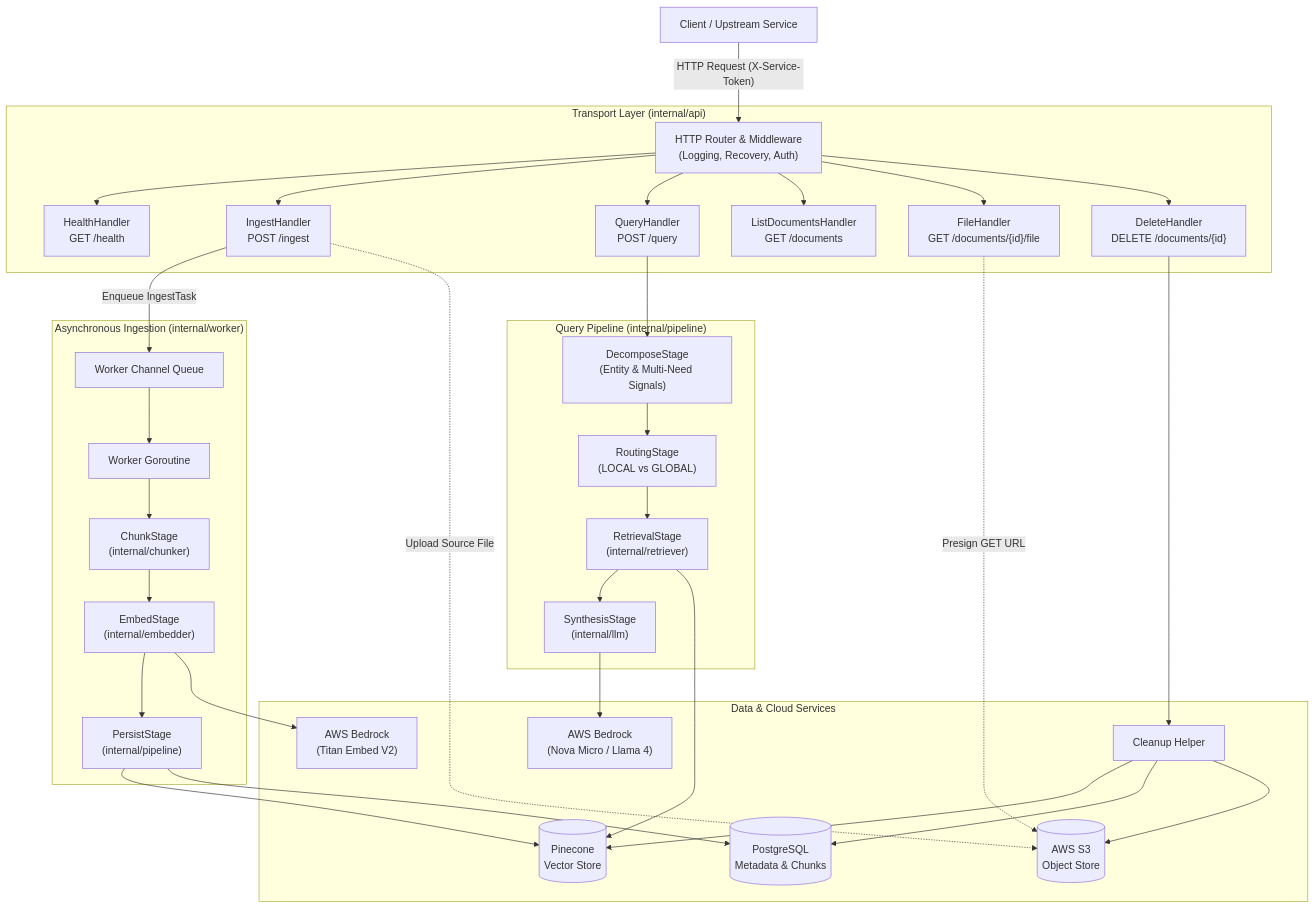
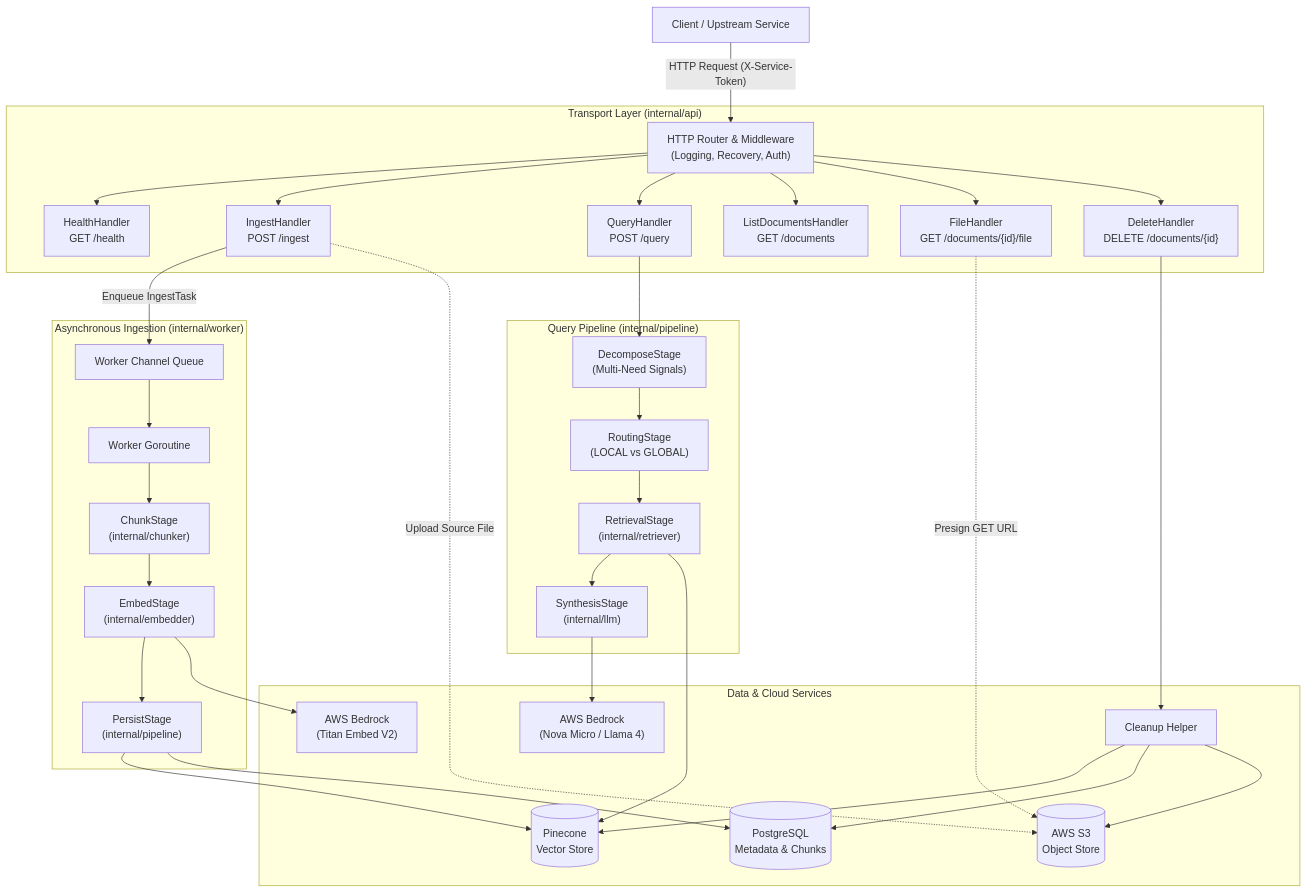
Before and after one commit to Victoroide/go-ms-rag: the first of 4 diagrams in docs/architecture.md, drawn with Mermaid. The commit also changed other lines of this file and 25 other files, not shown here.

````diff
--- a/docs/architecture.md
+++ b/docs/architecture.md
@@ -7,42 +7,42 @@
 ```mermaid
 flowchart TD
     Client["Client / Upstream Service"] -->|"HTTP Request (X-Service-Token)"| Router["HTTP Router & Middleware\n(Logging, Recovery, Auth)"]
 
     subgraph API ["Transport Layer (internal/api)"]
         Router --> H_Health["HealthHandler\nGET /health"]
         Router --> H_Ingest["IngestHandler\nPOST /ingest"]
         Router --> H_Query["QueryHandler\nPOST /query"]
         Router --> H_Docs["ListDocumentsHandler\nGET /documents"]
         Router --> H_File["FileHandler\nGET /documents/{id}/file"]
         Router --> H_Delete["DeleteHandler\nDELETE /documents/{id}"]
     end
 
     subgraph AsyncWorker ["Asynchronous Ingestion (internal/worker)"]
         H_Ingest -->|"Enqueue IngestTask"| Queue["Worker Channel Queue"]
         Queue --> WorkerLoop["Worker Goroutine"]
         WorkerLoop --> ChunkStage["ChunkStage\n(internal/chunker)"]
         ChunkStage --> EmbedStage["EmbedStage\n(internal/embedder)"]
         EmbedStage --> PersistStage["PersistStage\n(internal/pipeline)"]
     end
 
     subgraph QueryPipeline ["Query Pipeline (internal/pipeline)"]
-        H_Query --> Decompose["DecomposeStage\n(Entity & Multi-Need Signals)"]
+        H_Query --> Decompose["DecomposeStage\n(Multi-Need Signals)"]
         Decompose --> RouteMode["RoutingStage\n(LOCAL vs GLOBAL)"]
         RouteMode --> Retrieve["RetrievalStage\n(internal/retriever)"]
         Retrieve --> Synthesis["SynthesisStage\n(internal/llm)"]
     end
 
     subgraph Stores ["Data & Cloud Services"]
         PersistStage --> VectorDB[("Pinecone\nVector Store")]
         PersistStage --> RelDB[("PostgreSQL\nMetadata & Chunks")]
         H_Ingest -.->|"Upload Source File"| ObjectStore[("AWS S3\nObject Store")]
         H_File -.->|"Presign GET URL"| ObjectStore
         H_Delete --> Cleanup["Cleanup Helper"]
         Cleanup --> VectorDB
         Cleanup --> RelDB
         Cleanup --> ObjectStore
         EmbedStage --> Bedrock["AWS Bedrock\n(Titan Embed V2)"]
         Retrieve --> VectorDB
         Synthesis --> BedrockLLM["AWS Bedrock\n(Nova Micro / Llama 4)"]
     end
 ```
````
